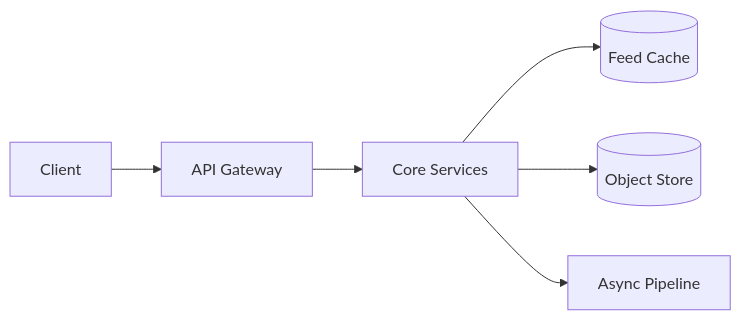
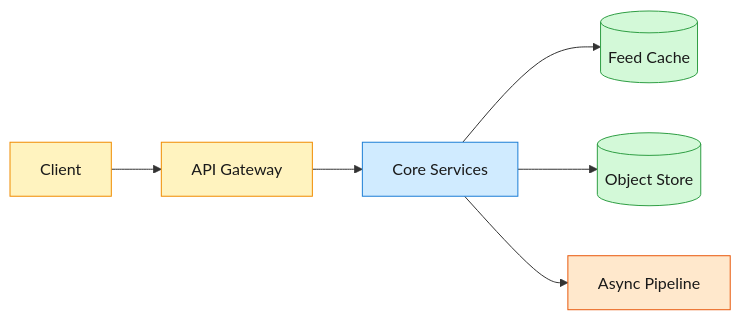
The first of 3 diagrams in _posts/2026-07-02-system-design-tiktok-reels.md (iliazlobin/iliazlobin.github.io), drawn with Mermaid before and after one commit. The commit also changed other lines of this file and 45 other files, not shown here.

First line of the commit message:
Republish all posts from Notion: fix mermaid errors, drop §7 Trade-offs (#88)

````diff
--- a/_posts/2026-07-02-system-design-tiktok-reels.md
+++ b/_posts/2026-07-02-system-design-tiktok-reels.md
@@ -18,8 +18,17 @@
 ```mermaid
 graph LR
     Client[Client] --> Edge[API Gateway]
     Edge --> Core[Core Services]
     Core --> Cache[(Feed Cache)]
     Core --> Store[(Object Store)]
     Core --> Queue[Async Pipeline]
+
+    classDef edge fill:#fff3bf,stroke:#f08c00,color:#1a1a1a
+    classDef svc fill:#d0ebff,stroke:#1c7ed6,color:#1a1a1a
+    classDef store fill:#d3f9d8,stroke:#2f9e44,color:#1a1a1a
+    classDef async fill:#ffe8cc,stroke:#e8590c,color:#1a1a1a
+    class Client,Edge edge
+    class Core svc
+    class Cache,Store store
+    class Queue async
 ```
````
